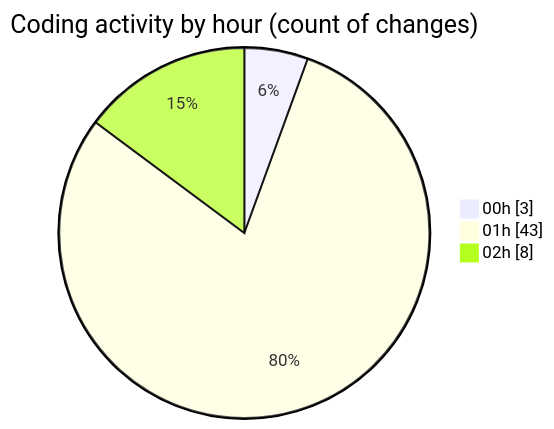
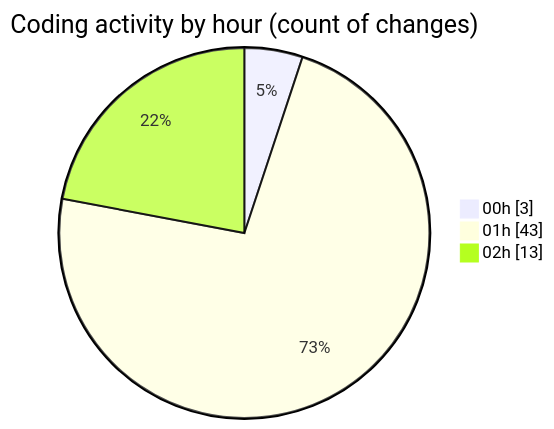
Before and after one commit to mevix1/code-tracking: the second of 2 diagrams in 2025-10-02/oura-api/README.md, drawn with Mermaid. The commit also changed other lines of this file and 1 other file, not shown here.

````diff
--- a/2025-10-02/oura-api/README.md
+++ b/2025-10-02/oura-api/README.md
@@ -76,7 +76,7 @@
 ```mermaid
 pie showData
 title Coding activity by hour (count of changes)
 "00h" : 3
 "01h" : 43
-"02h" : 8
+"02h" : 13
 ```
````
